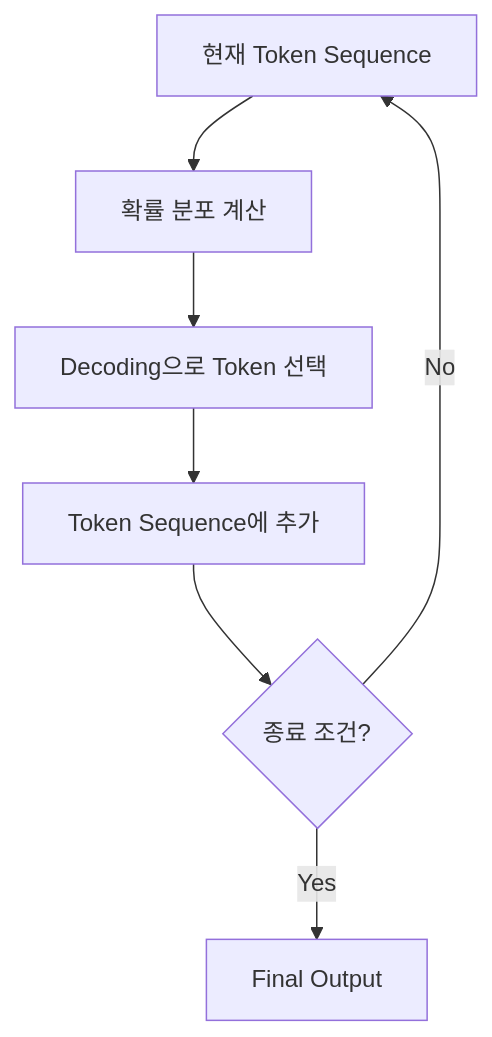
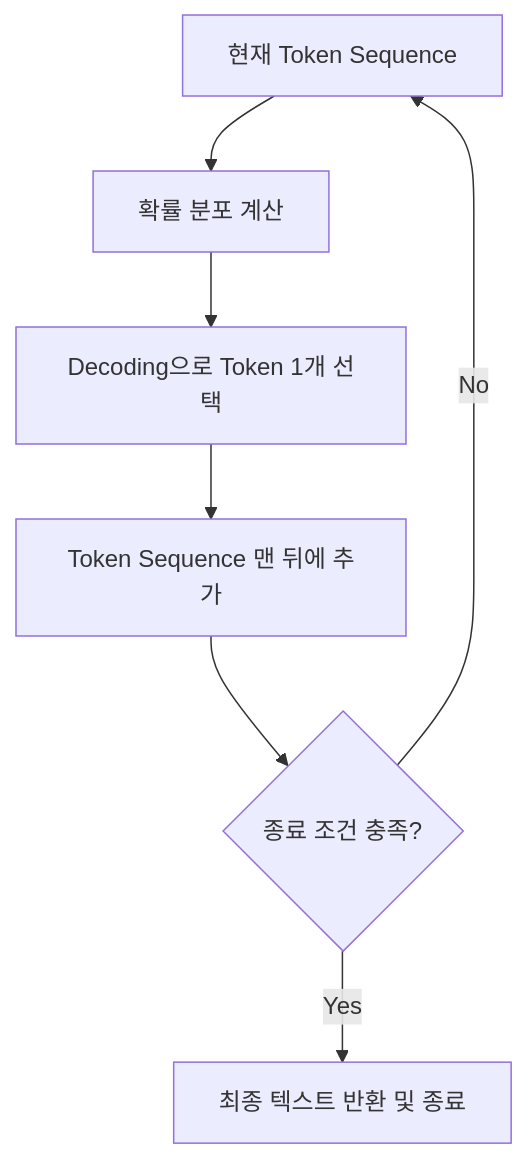
Before and after one commit to jwsung91/jwsung91.github.io: the fourth of 4 diagrams in src/content/blog/2026-07-03-llm-core-decoding.md, drawn with Mermaid. The commit also changed other lines of this file and 35 other files, not shown here.

````diff
--- a/src/content/blog/2026-07-03-llm-core-decoding.md
+++ b/src/content/blog/2026-07-03-llm-core-decoding.md
@@ -496,9 +328,9 @@
 ```mermaid
 flowchart TD
     A[현재 Token Sequence] --> B[확률 분포 계산]
-    B --> C[Decoding으로 Token 선택]
-    C --> D[Token Sequence에 추가]
-    D --> E{종료 조건?}
+    B --> C[Decoding으로 Token 1개 선택]
+    C --> D[Token Sequence 맨 뒤에 추가]
+    D --> E{종료 조건 충족?}
     E -->|No| A
-    E -->|Yes| F[Final Output]
+    E -->|Yes| F[최종 텍스트 반환 및 종료]
 ```
````
